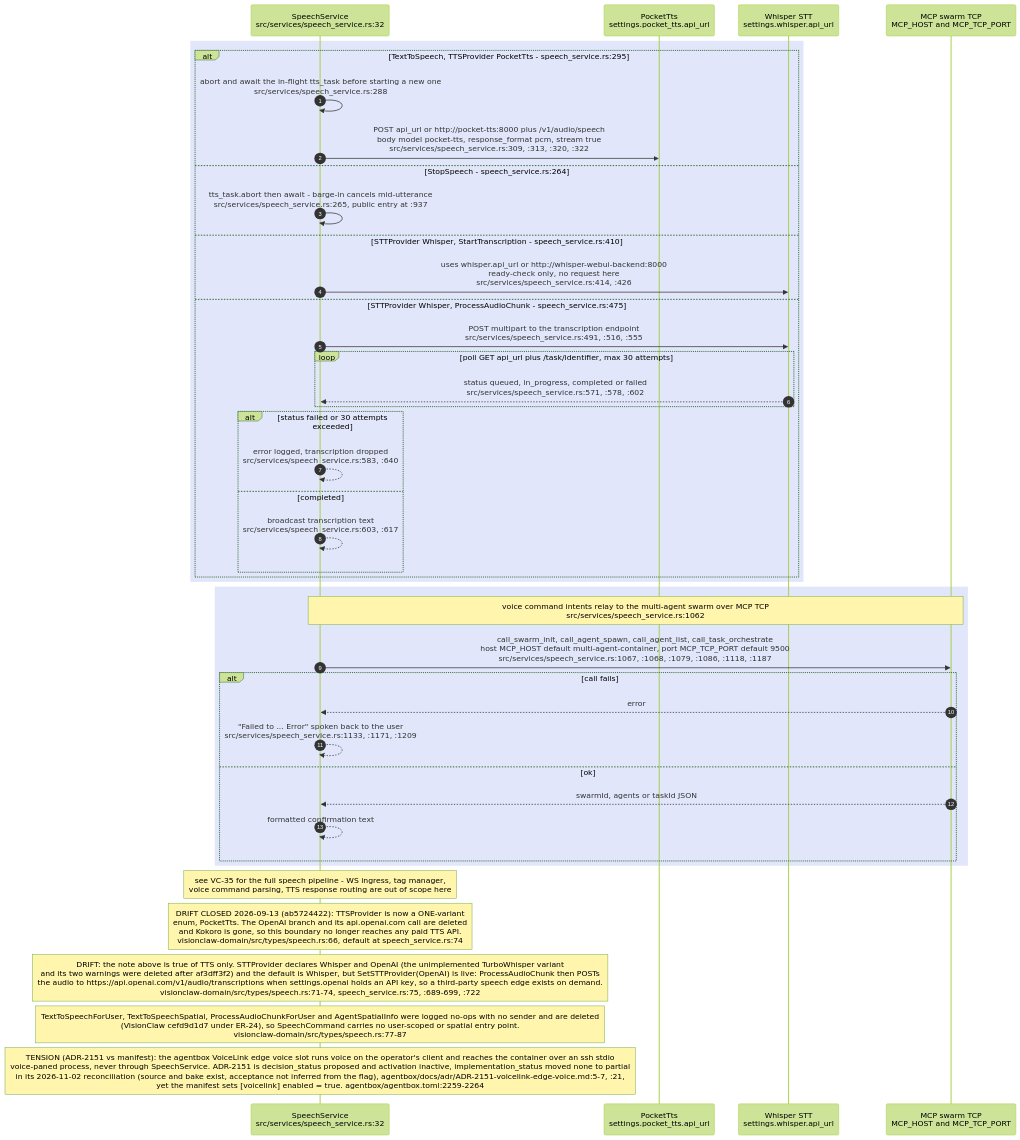
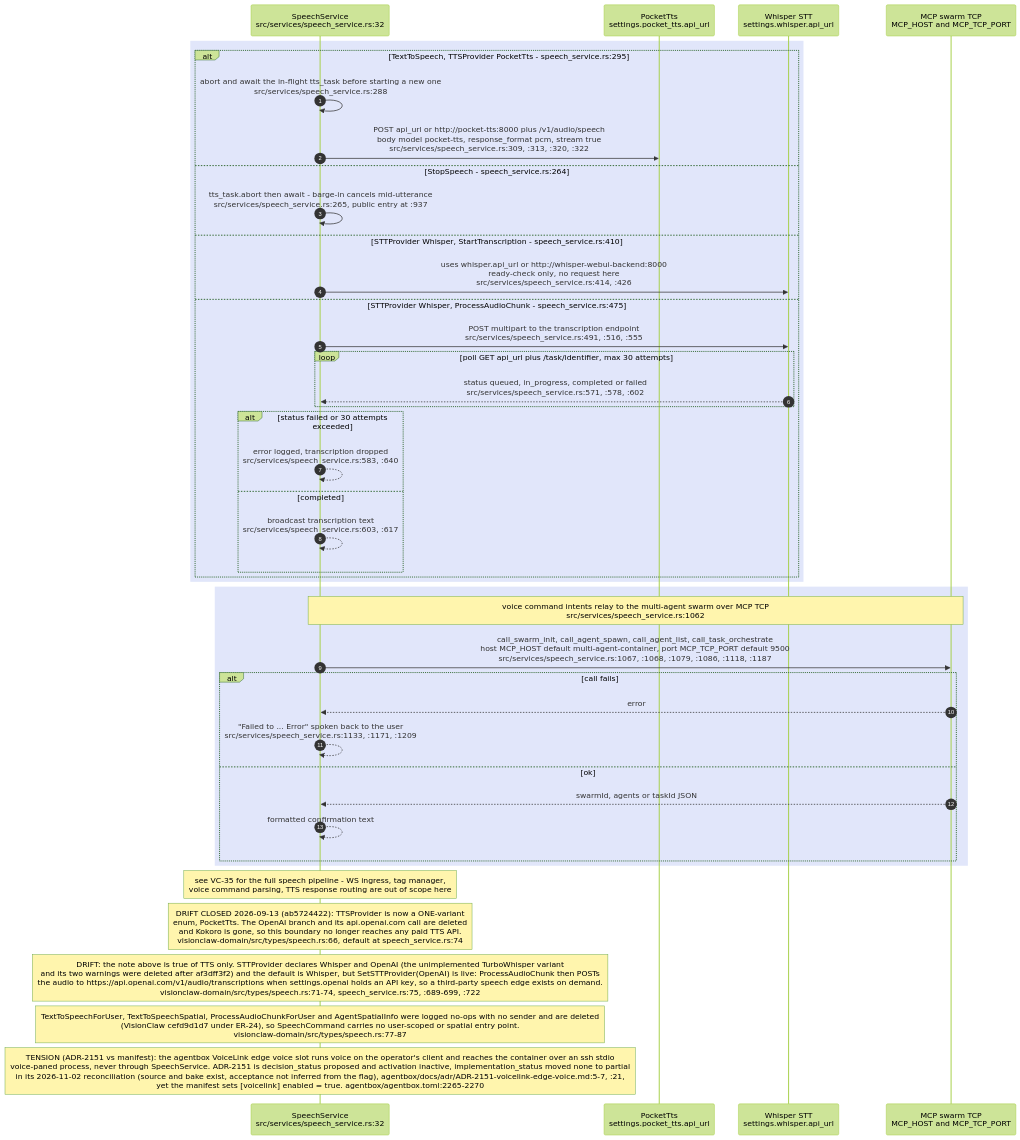
The seventh of 8 diagrams in docs/diagrams/visionclaw/28-external-services.md (DreamLab-AI/VisionFlow), drawn with Mermaid (forest theme) before and after one commit. The commit also changed other lines of this file and 154 other files, not shown here.

First line of the commit message:
docs(diagrams): re-stamp 154 topics whose every citation still reads the same text at the current heads

````diff
--- a/docs/diagrams/visionclaw/28-external-services.md
+++ b/docs/diagrams/visionclaw/28-external-services.md
@@ -347,47 +347,47 @@
 ```mermaid
 sequenceDiagram
     autonumber
     participant SS as SpeechService<br/>src/services/speech_service.rs:32
     participant PT as PocketTts<br/>settings.pocket_tts.api_url
     participant WHI as Whisper STT<br/>settings.whisper.api_url
     participant MCP as MCP swarm TCP<br/>MCP_HOST and MCP_TCP_PORT
 
     rect rgb(225,230,250)
     alt TextToSpeech, TTSProvider PocketTts - speech_service.rs:295
         SS->>SS: abort and await the in-flight tts_task before starting a new one<br/>src/services/speech_service.rs:288
         SS->>PT: POST api_url or http://pocket-tts:8000 plus /v1/audio/speech<br/>body model pocket-tts, response_format pcm, stream true<br/>src/services/speech_service.rs:309, :313, :320, :322
     else StopSpeech - speech_service.rs:264
         SS->>SS: tts_task.abort then await - barge-in cancels mid-utterance<br/>src/services/speech_service.rs:265, public entry at :937
     else STTProvider Whisper, StartTranscription - speech_service.rs:410
         SS->>WHI: uses whisper.api_url or http://whisper-webui-backend:8000<br/>ready-check only, no request here<br/>src/services/speech_service.rs:414, :426
     else STTProvider Whisper, ProcessAudioChunk - speech_service.rs:475
         SS->>WHI: POST multipart to the transcription endpoint<br/>src/services/speech_service.rs:491, :516, :555
         loop poll GET api_url plus /task/identifier, max 30 attempts
             WHI-->>SS: status queued, in_progress, completed or failed<br/>src/services/speech_service.rs:571, :578, :602
         end
         alt status failed or 30 attempts exceeded
             SS-->>SS: error logged, transcription dropped<br/>src/services/speech_service.rs:583, :640
         else completed
             SS-->>SS: broadcast transcription text<br/>src/services/speech_service.rs:603, :617
         end
     end
     end
 
     rect rgb(225,230,250)
     Note over SS,MCP: voice command intents relay to the multi-agent swarm over MCP TCP<br/>src/services/speech_service.rs:1062
     SS->>MCP: call_swarm_init, call_agent_spawn, call_agent_list, call_task_orchestrate<br/>host MCP_HOST default multi-agent-container, port MCP_TCP_PORT default 9500<br/>src/services/speech_service.rs:1067, :1068, :1079, :1086, :1118, :1187
     alt call fails
         MCP-->>SS: error
         SS-->>SS: "Failed to ... Error" spoken back to the user<br/>src/services/speech_service.rs:1133, :1171, :1209
     else ok
         MCP-->>SS: swarmId, agents or taskId JSON
         SS-->>SS: formatted confirmation text
     end
     end
 
     Note over SS: see VC-35 for the full speech pipeline - WS ingress, tag manager,<br/>voice command parsing, TTS response routing are out of scope here
     Note over SS: DRIFT CLOSED 2026-09-13 (ab5724422): TTSProvider is now a ONE-variant<br/>enum, PocketTts. The OpenAI branch and its api.openai.com call are deleted<br/>and Kokoro is gone, so this boundary no longer reaches any paid TTS API.<br/>visionclaw-domain/src/types/speech.rs:66, default at speech_service.rs:74
     Note over SS: DRIFT: the note above is true of TTS only. STTProvider declares Whisper and OpenAI (the unimplemented TurboWhisper variant<br/>and its two warnings were deleted after af3dff3f2) and the default is Whisper, but SetSTTProvider(OpenAI) is live: ProcessAudioChunk then POSTs<br/>the audio to https://api.openai.com/v1/audio/transcriptions when settings.openai holds an API key, so a third-party speech edge exists on demand.<br/>visionclaw-domain/src/types/speech.rs:71-74, speech_service.rs:75, :689-699, :722
     Note over SS: TextToSpeechForUser, TextToSpeechSpatial, ProcessAudioChunkForUser and AgentSpatialInfo were logged no-ops with no sender and are deleted<br/>(VisionClaw cefd9d1d7 under ER-24), so SpeechCommand carries no user-scoped or spatial entry point.<br/>visionclaw-domain/src/types/speech.rs:77-87
-    Note over SS: TENSION (ADR-2151 vs manifest): the agentbox VoiceLink edge voice slot runs voice on the operator's client and reaches the container over an ssh stdio<br/>voice-paned process, never through SpeechService. ADR-2151 is decision_status proposed and activation inactive, implementation_status moved none to partial<br/>in its 2026-11-02 reconciliation (source and bake exist, acceptance not inferred from the flag), agentbox/docs/adr/ADR-2151-voicelink-edge-voice.md:5-7, :21,<br/>yet the manifest sets [voicelink] enabled = true. agentbox/agentbox.toml:2259-2264
+    Note over SS: TENSION (ADR-2151 vs manifest): the agentbox VoiceLink edge voice slot runs voice on the operator's client and reaches the container over an ssh stdio<br/>voice-paned process, never through SpeechService. ADR-2151 is decision_status proposed and activation inactive, implementation_status moved none to partial<br/>in its 2026-11-02 reconciliation (source and bake exist, acceptance not inferred from the flag), agentbox/docs/adr/ADR-2151-voicelink-edge-voice.md:5-7, :21,<br/>yet the manifest sets [voicelink] enabled = true. agentbox/agentbox.toml:2265-2270
 ```
````
